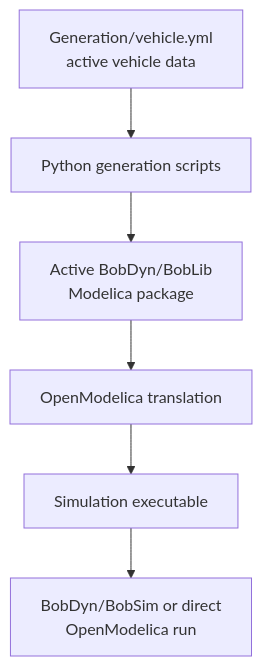
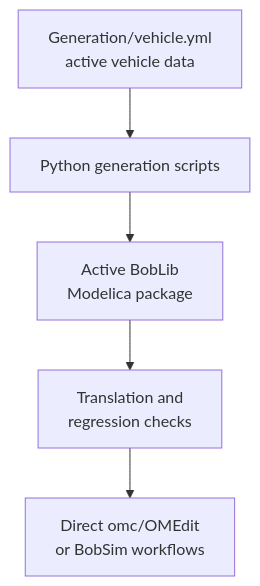
The diagram in docs/boblib/index.md (BobDyn/BobDocs), drawn with Mermaid before and after one commit. The commit also changed other lines of this file and 27 other files, not shown here.

````diff
--- a/docs/boblib/index.md
+++ b/docs/boblib/index.md
@@ -74,15 +72,13 @@
 ```mermaid
 flowchart TB
     yaml["Generation/vehicle.yml<br/>active vehicle data"]
     gen["Python generation scripts"]
-    modelica["Active BobDyn/BobLib<br/>Modelica package"]
-    omc["OpenModelica translation"]
-    exe["Simulation executable"]
-    consumer["BobDyn/BobSim or direct<br/>OpenModelica run"]
+    modelica["Active BobLib<br/>Modelica package"]
+    checks["Translation and<br/>regression checks"]
+    sim["Direct omc/OMEdit<br/>or BobSim workflows"]
 
     yaml --> gen
     gen --> modelica
-    modelica --> omc
-    omc --> exe
-    exe --> consumer
+    modelica --> checks
+    checks --> sim
 ```
````
